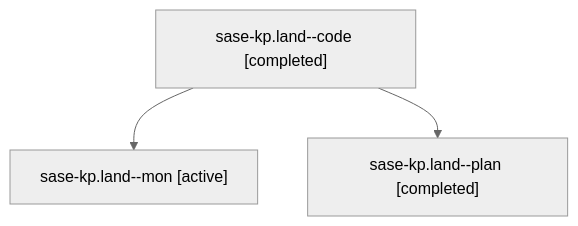
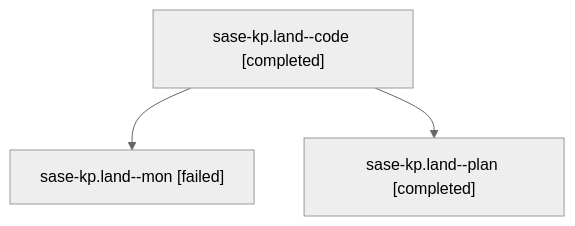
The diagram in families/bbugyi200.athena.sase-kp.land.md (sase-org/sase--agents), drawn with Mermaid (neutral theme) before and after one commit. The commit also changed other lines of this file and 1607 other files, not shown here.

````diff
--- a/families/bbugyi200.athena.sase-kp.land.md
+++ b/families/bbugyi200.athena.sase-kp.land.md
@@ -9,8 +9,8 @@
 ```mermaid
 flowchart TD
   n0["sase-kp.land--code [completed]"]
-  n1["sase-kp.land--mon [active]"]
+  n1["sase-kp.land--mon [failed]"]
   n0 --> n1
   n2["sase-kp.land--plan [completed]"]
   n0 --> n2
 ```
````
